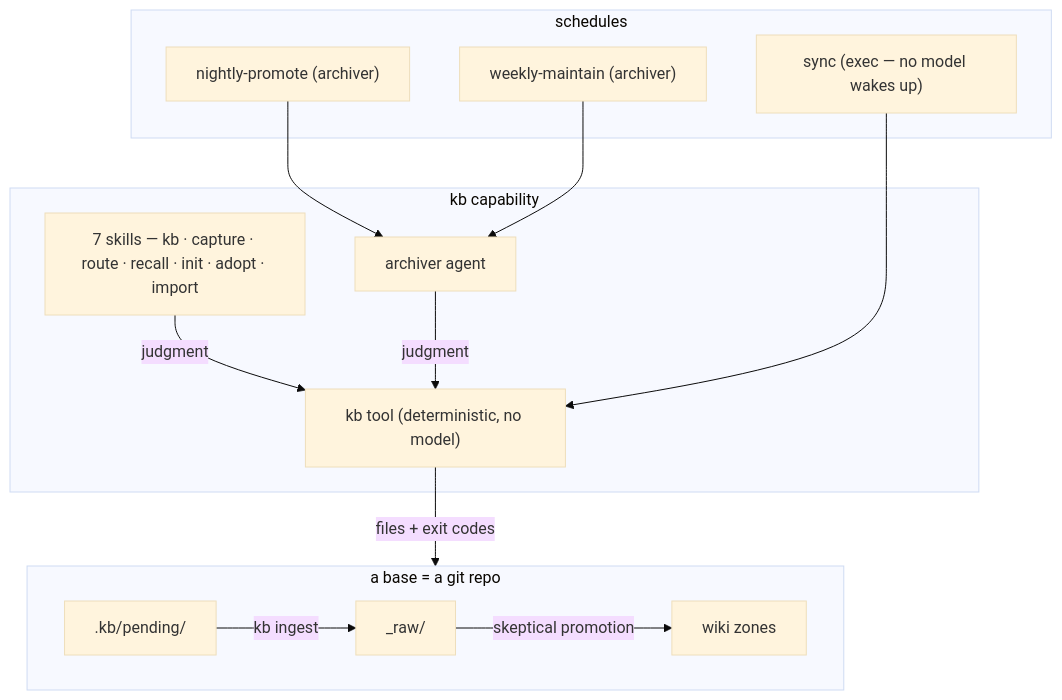
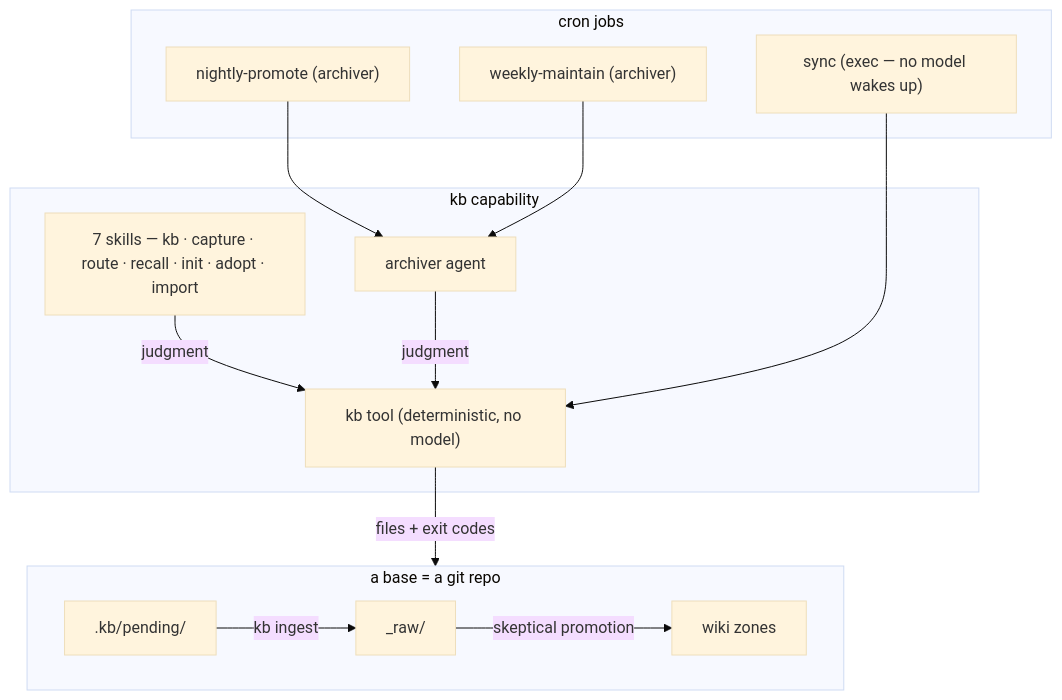
The second of 2 diagrams in capabilities/kb/docs/design.md (AlmogBaku/aos), drawn with Mermaid (base theme) before and after one commit. The commit also changed other lines of this file and 190 other files, not shown here.

````diff
--- a/capabilities/kb/docs/design.md
+++ b/capabilities/kb/docs/design.md
@@ -168,26 +168,26 @@
 ```mermaid
 flowchart TB
     subgraph cap["kb capability"]
         skills["7 skills — kb · capture · route · recall · init · adopt · import"]
         arch["archiver agent"]
         tool["kb tool (deterministic, no model)"]
     end
-    subgraph sched["schedules"]
+    subgraph sched["cron jobs"]
         n["nightly-promote (archiver)"]
         w["weekly-maintain (archiver)"]
         s["sync (exec — no model wakes up)"]
     end
     subgraph base["a base = a git repo"]
         pend[".kb/pending/"]
         raw["_raw/"]
         wiki["wiki zones"]
     end
     skills -->|judgment| tool
     arch -->|judgment| tool
     tool -->|files + exit codes| base
     n --> arch
     w --> arch
     s --> tool
     pend -->|kb ingest| raw
     raw -->|skeptical promotion| wiki
 ```
````
